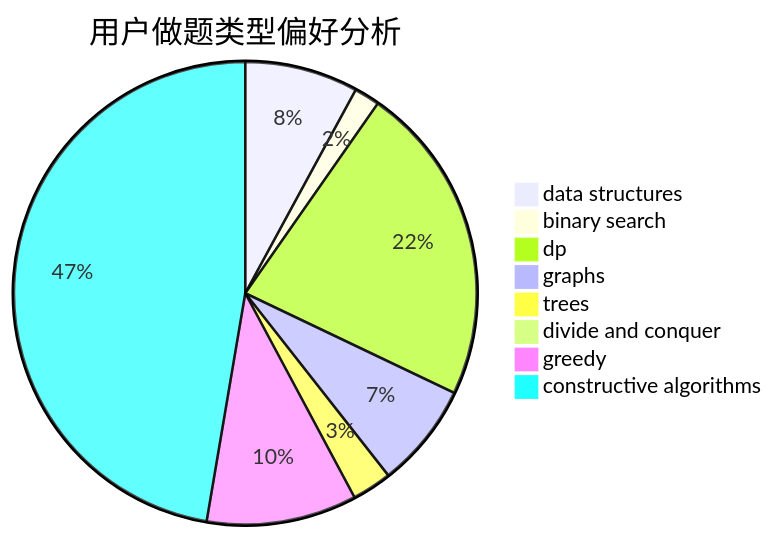
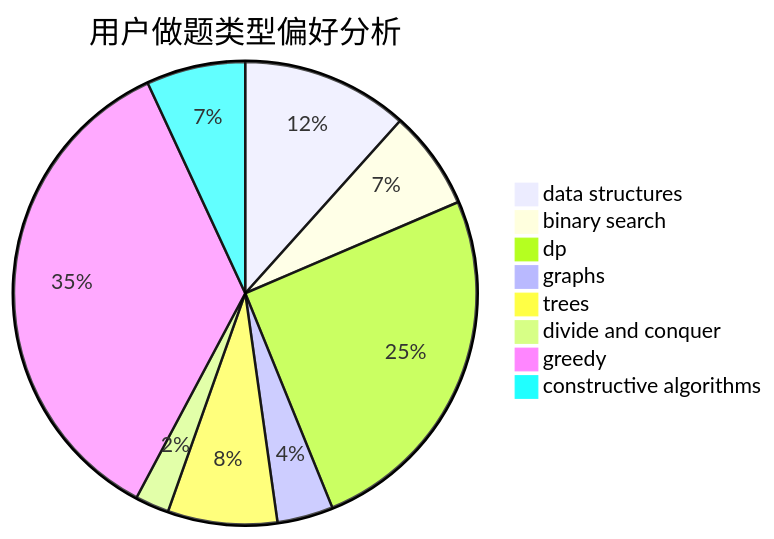
Before and after one commit to sherpahu/cfrs.github.io: the second of 3 diagrams in docs/user/u818.md, drawn with Mermaid. The commit also changed other lines of this file and 2770 other files, not shown here.

````diff
--- a/docs/user/u818.md
+++ b/docs/user/u818.md
@@ -23,11 +23,11 @@
 ```mermaid
 pie title 用户做题类型偏好分析
-    "data structures" :  40
-    "binary search" :  9
-    "dp" :  113
-    "graphs" :  37
-    "trees" :  14
-    "divide and conquer" :  1
-    "greedy" :  53
-    "constructive algorithms" :  239
+    "data structures" :  128
+    "binary search" :  76
+    "dp" :  278
+    "graphs" :  43
+    "trees" :  84
+    "divide and conquer" :  26
+    "greedy" :  388
+    "constructive algorithms" :  76
 ```
````
